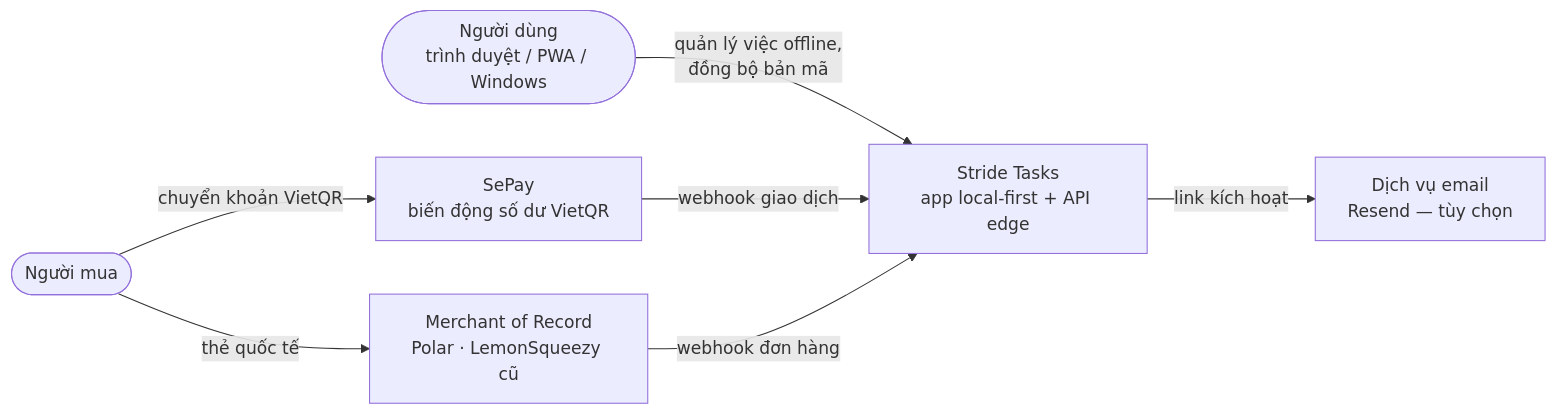
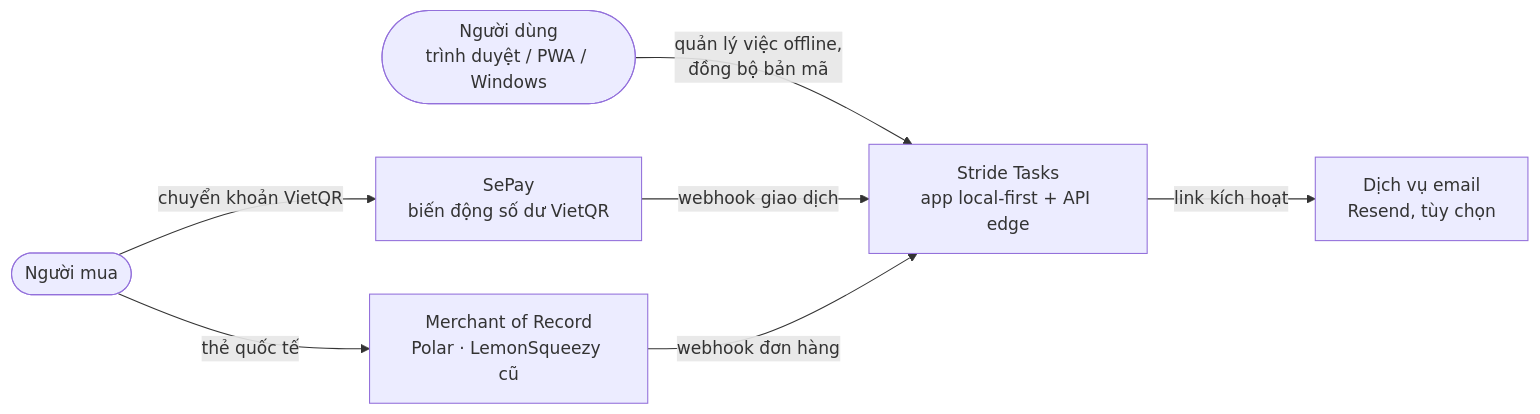
One commit to NexusPulseTech/stride-tasks changed the first of 3 diagrams in docs/04-architecture/01-system-context-c4.md. Above: the diagram before and after it, drawn with Mermaid. The commit also changed other lines of this file and 125 other files, not shown here.

````diff
--- a/docs/04-architecture/01-system-context-c4.md
+++ b/docs/04-architecture/01-system-context-c4.md
@@ -8,15 +8,15 @@
 ```mermaid
 flowchart LR
   user([Người dùng<br/>trình duyệt / PWA / Windows])
   buyer([Người mua])
   stride[Stride Tasks<br/>app local-first + API edge]
   sepay[SePay<br/>biến động số dư VietQR]
   mor[Merchant of Record<br/>Polar · LemonSqueezy cũ]
-  mail[Dịch vụ email<br/>Resend — tùy chọn]
+  mail[Dịch vụ email<br/>Resend, tùy chọn]
   user -->|quản lý việc offline,<br/>đồng bộ bản mã| stride
   buyer -->|chuyển khoản VietQR| sepay
   buyer -->|thẻ quốc tế| mor
   sepay -->|webhook giao dịch| stride
   mor -->|webhook đơn hàng| stride
   stride -->|link kích hoạt| mail
 ```
````
